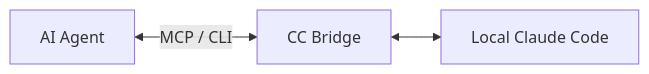
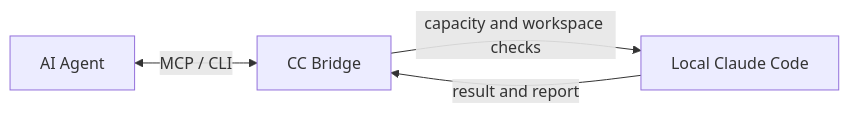
The diagram in README.md (AlexLI1935/cc-bridge), drawn with Mermaid before and after one commit. The commit also changed other lines of this file and 19 other files, not shown here.

````diff
--- a/README.md
+++ b/README.md
@@ -13,5 +18,6 @@
 ```mermaid
 flowchart LR
     A[AI Agent] <-->|MCP / CLI| B[CC Bridge]
-    B <--> C[Local Claude Code]
+    B -->|capacity and workspace checks| C[Local Claude Code]
+    C -->|result and report| B
 ```
````
